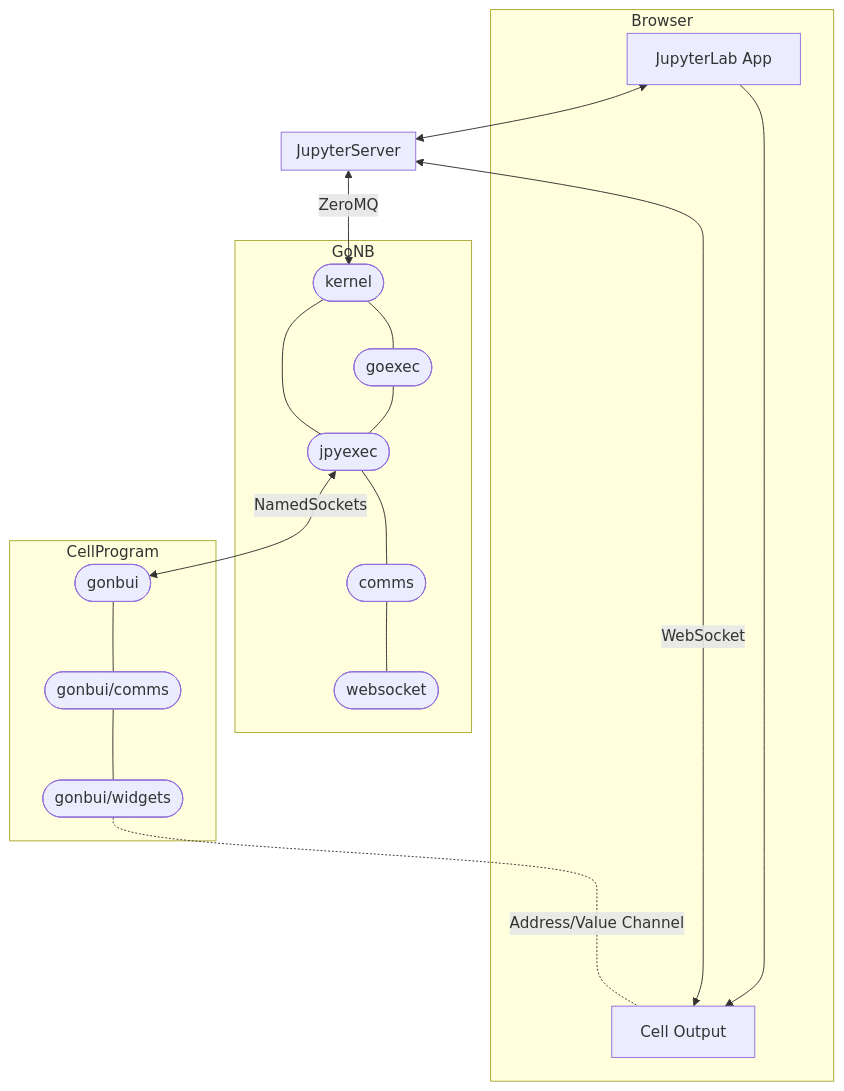
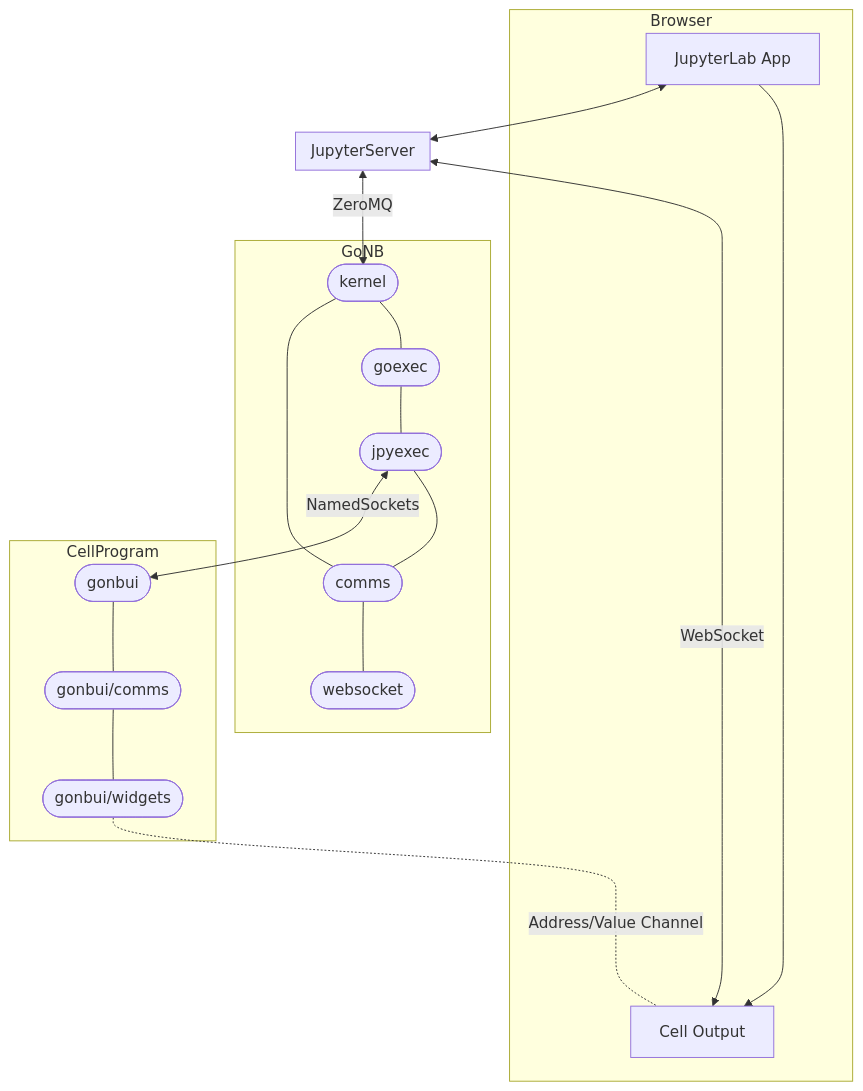
The diagram in docs/FrontEndCommunication.md (janpfeifer/gonb), drawn with Mermaid before and after one commit.

Commit message:
Small fix to diagram.

````diff
--- a/docs/FrontEndCommunication.md
+++ b/docs/FrontEndCommunication.md
@@ -157,27 +157,27 @@
 ```mermaid
 flowchart TD;
    subgraph Browser;
     A1[JupyterLab App]-->A2[Cell Output];
    end;
 
    subgraph B[JupyterServer];
    end;
     A1<-->B;
     A2<-->|WebSocket|B;
     B<-->|ZeroMQ|G1;
 
    subgraph GoNB;
     G1([kernel])---G2([goexec]);
     G2---G3([jpyexec]);
     G3---G4([comms]);
-    G1---G3;
+    G1---G4;
     G4---G5([websocket]);
    end;
     G3<-->|NamedSockets|C1([gonbui]);
 
    subgraph CellProgram;
     C1---C2([gonbui/comms]);
     C2---C3([gonbui/widgets]);
    end;
     C3-...-|Address/Value Channel|A2;
 ```
````
